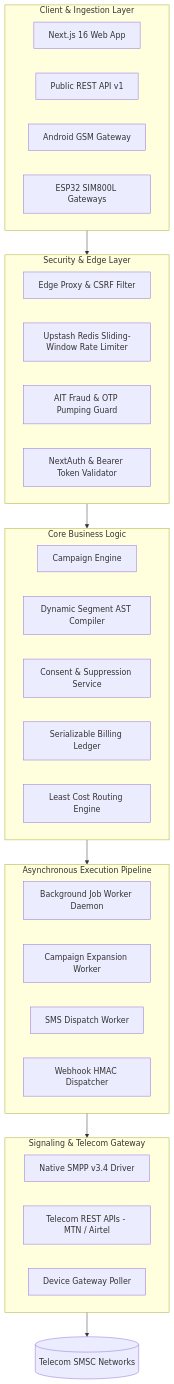
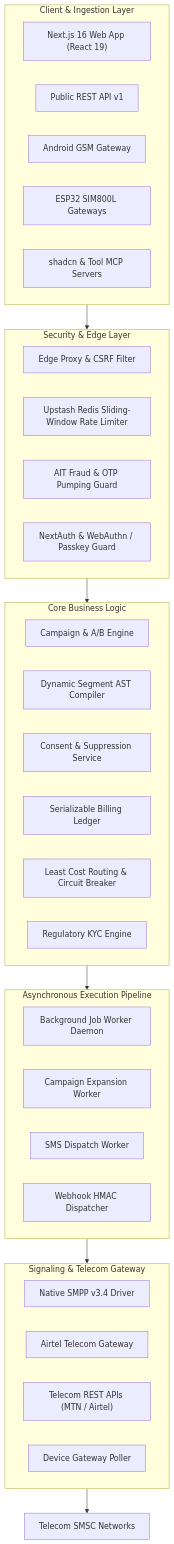
Before and after one commit to rangeviewtech/range-bulk-sms: the second of 6 diagrams in SYSTEM_ARCHITECTURE_AND_SPECIFICATION.md, drawn with Mermaid. The commit also changed other lines of this file and 167 other files, not shown here.

````diff
--- a/SYSTEM_ARCHITECTURE_AND_SPECIFICATION.md
+++ b/SYSTEM_ARCHITECTURE_AND_SPECIFICATION.md
@@ -88,43 +101,46 @@
 ```mermaid
 flowchart TB
-    subgraph ClientLayer [Client & Ingestion Layer]
-        Browser[Next.js 16 Web App]
-        DevAPI[Public REST API v1]
-        AndroidGW[Android GSM Gateway]
-        ESP32[ESP32 SIM800L Gateways]
+    subgraph ClientLayer ["Client & Ingestion Layer"]
+        Browser["Next.js 16 Web App (React 19)"]
+        DevAPI["Public REST API v1"]
+        AndroidGW["Android GSM Gateway"]
+        ESP32["ESP32 SIM800L Gateways"]
+        MCPServer["shadcn & Tool MCP Servers"]
     end
 
-    subgraph SecurityLayer [Security & Edge Layer]
-        Proxy[Edge Proxy & CSRF Filter]
-        RateLimit[Upstash Redis Sliding-Window Rate Limiter]
-        FraudEngine[AIT Fraud & OTP Pumping Guard]
-        AuthGuard[NextAuth & Bearer Token Validator]
+    subgraph SecurityLayer ["Security & Edge Layer"]
+        Proxy["Edge Proxy & CSRF Filter"]
+        RateLimit["Upstash Redis Sliding-Window Rate Limiter"]
+        FraudEngine["AIT Fraud & OTP Pumping Guard"]
+        AuthGuard["NextAuth & WebAuthn / Passkey Guard"]
     end
 
-    subgraph CoreServices [Core Business Logic]
-        CampaignMgr[Campaign Engine]
-        SegmentComp[Dynamic Segment AST Compiler]
-        ConsentSvc[Consent & Suppression Service]
-        BillingSvc[Serializable Billing Ledger]
-        RoutingEng[Least Cost Routing Engine]
+    subgraph CoreServices ["Core Business Logic"]
+        CampaignMgr["Campaign & A/B Engine"]
+        SegmentComp["Dynamic Segment AST Compiler"]
+        ConsentSvc["Consent & Suppression Service"]
+        BillingSvc["Serializable Billing Ledger"]
+        RoutingEng["Least Cost Routing & Circuit Breaker"]
+        KYCEngine["Regulatory KYC Engine"]
     end
 
-    subgraph QueueWorkers [Asynchronous Execution Pipeline]
-        WorkerDaemon[Background Job Worker Daemon]
-        Expander[Campaign Expansion Worker]
-        Dispatcher[SMS Dispatch Worker]
-        WebhookWorker[Webhook HMAC Dispatcher]
+    subgraph QueueWorkers ["Asynchronous Execution Pipeline"]
+        WorkerDaemon["Background Job Worker Daemon"]
+        Expander["Campaign Expansion Worker"]
+        Dispatcher["SMS Dispatch Worker"]
+        WebhookWorker["Webhook HMAC Dispatcher"]
     end
 
-    subgraph ProviderLayer [Signaling & Telecom Gateway]
-        SMPPDriver[Native SMPP v3.4 Driver]
-        HTTPProviders[Telecom REST APIs - MTN / Airtel]
-        HardwareBridge[Device Gateway Poller]
+    subgraph ProviderLayer ["Signaling & Telecom Gateway"]
+        SMPPDriver["Native SMPP v3.4 Driver"]
+        AirtelDriver["Airtel Telecom Gateway"]
+        HTTPProviders["Telecom REST APIs (MTN / Airtel)"]
+        HardwareBridge["Device Gateway Poller"]
     end
 
     ClientLayer --> SecurityLayer
     SecurityLayer --> CoreServices
     CoreServices --> QueueWorkers
     QueueWorkers --> ProviderLayer
-    ProviderLayer --> SMSC[(Telecom SMSC Networks)]
+    ProviderLayer --> SMSC["Telecom SMSC Networks"]
 ```
````
